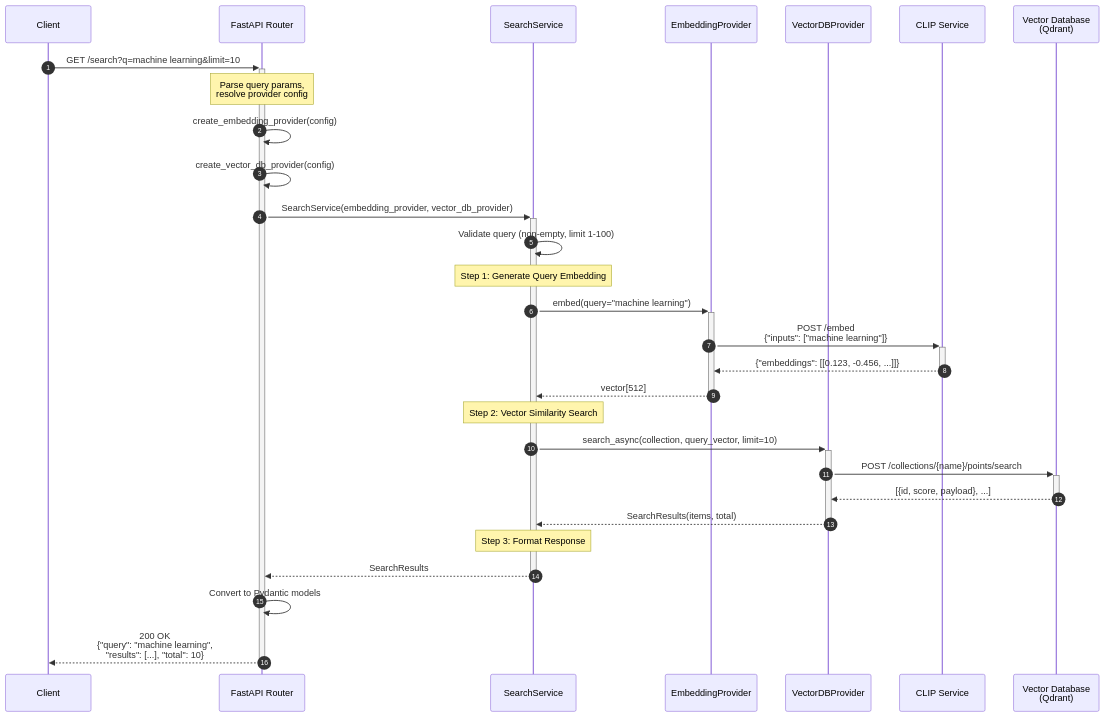
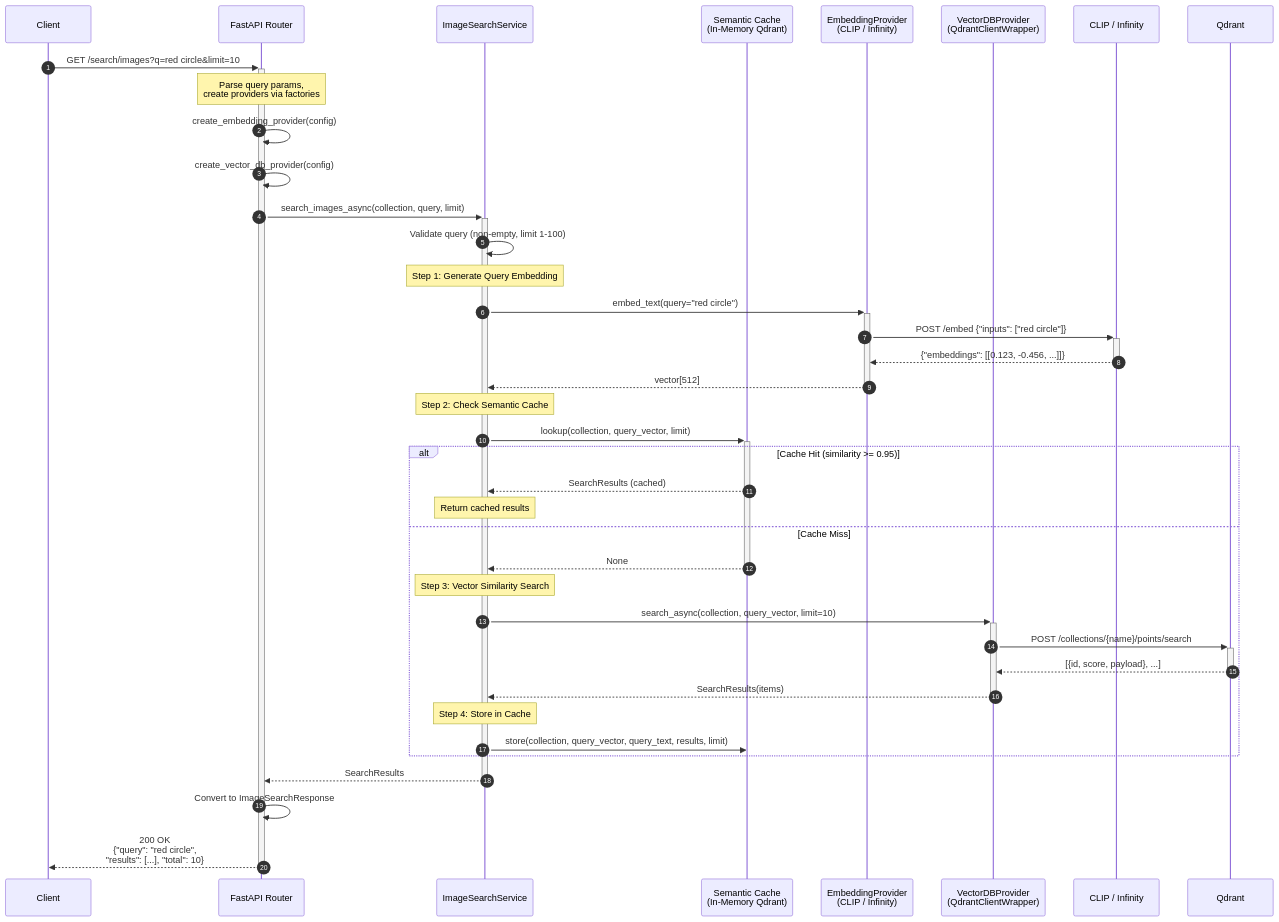
The diagram in charts/query-engine-sequence.md (gt-sse-center/iNatInq), drawn with Mermaid before and after one commit. The commit also changed other lines of this file and 84 other files, not shown here.

First line of the commit message:
docs: audit documentation — add charts, test docstrings, README updates

````diff
--- a/charts/query-engine-sequence.md
+++ b/charts/query-engine-sequence.md
@@ -3,45 +3,57 @@
 ```mermaid
 sequenceDiagram
     autonumber
     participant C as Client
     participant API as FastAPI Router
-    participant SS as SearchService
-    participant EP as EmbeddingProvider
-    participant VDP as VectorDBProvider
-    participant CLIP as CLIP Service
-    participant VDB as Vector Database<br/>(Qdrant)
+    participant SS as ImageSearchService
+    participant Cache as Semantic Cache<br/>(In-Memory Qdrant)
+    participant EP as EmbeddingProvider<br/>(CLIP / Infinity)
+    participant VDP as VectorDBProvider<br/>(QdrantClientWrapper)
+    participant Embed as CLIP / Infinity
+    participant VDB as Qdrant
 
-    C->>+API: GET /search?q=machine learning&limit=10
-    
-    Note over API: Parse query params,<br/>resolve provider config
-    
+    C->>+API: GET /search/images?q=red circle&limit=10
+
+    Note over API: Parse query params,<br/>create providers via factories
+
     API->>API: create_embedding_provider(config)
     API->>API: create_vector_db_provider(config)
-    API->>+SS: SearchService(embedding_provider, vector_db_provider)
+    API->>+SS: search_images_async(collection, query, limit)
 
     SS->>SS: Validate query (non-empty, limit 1-100)
 
     Note over SS: Step 1: Generate Query Embedding
-    
-    SS->>+EP: embed(query="machine learning")
-    EP->>+CLIP: POST /embed<br/>{"inputs": ["machine learning"]}
-    CLIP-->>-EP: {"embeddings": [[0.123, -0.456, ...]]}
+
+    SS->>+EP: embed_text(query="red circle")
+    EP->>+Embed: POST /embed {"inputs": ["red circle"]}
+    Embed-->>-EP: {"embeddings": [[0.123, -0.456, ...]]}
     EP-->>-SS: vector[512]
 
-    Note over SS: Step 2: Vector Similarity Search
-    
-    SS->>+VDP: search_async(collection, query_vector, limit=10)
-    
-    VDP->>+VDB: POST /collections/{name}/points/search
-    VDB-->>-VDP: [{id, score, payload}, ...]
-    
-    VDP-->>-SS: SearchResults(items, total)
+    Note over SS: Step 2: Check Semantic Cache
 
-    Note over SS: Step 3: Format Response
-    
+    SS->>+Cache: lookup(collection, query_vector, limit)
+
+    alt Cache Hit (similarity >= 0.95)
+        Cache-->>SS: SearchResults (cached)
+        Note over SS: Return cached results
+    else Cache Miss
+        Cache-->>-SS: None
+
+        Note over SS: Step 3: Vector Similarity Search
+
+        SS->>+VDP: search_async(collection, query_vector, limit=10)
+        VDP->>+VDB: POST /collections/{name}/points/search
+        VDB-->>-VDP: [{id, score, payload}, ...]
+        VDP-->>-SS: SearchResults(items)
+
+        Note over SS: Step 4: Store in Cache
+
+        SS->>Cache: store(collection, query_vector, query_text, results, limit)
+    end
+
     SS-->>-API: SearchResults
 
-    API->>API: Convert to Pydantic models
-    
-    API-->>-C: 200 OK<br/>{"query": "machine learning",<br/>"results": [...], "total": 10}
+    API->>API: Convert to ImageSearchResponse
+
+    API-->>-C: 200 OK<br/>{"query": "red circle",<br/>"results": [...], "total": 10}
 ```
````
